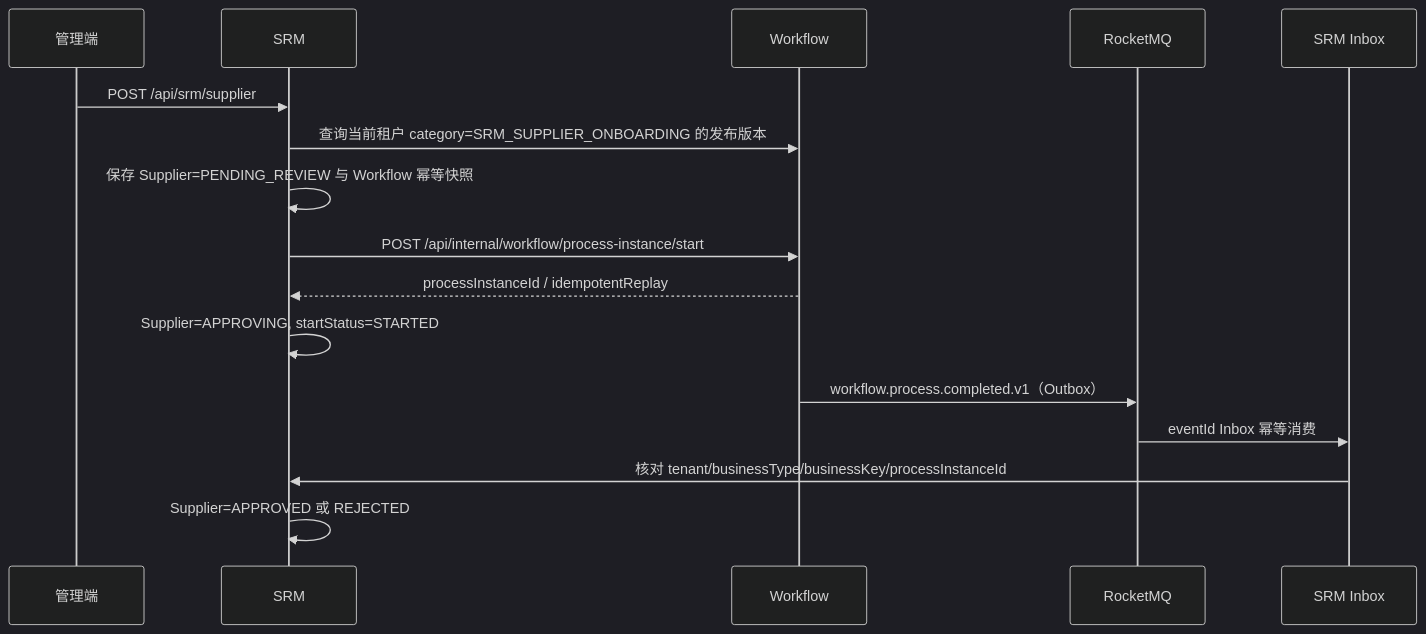
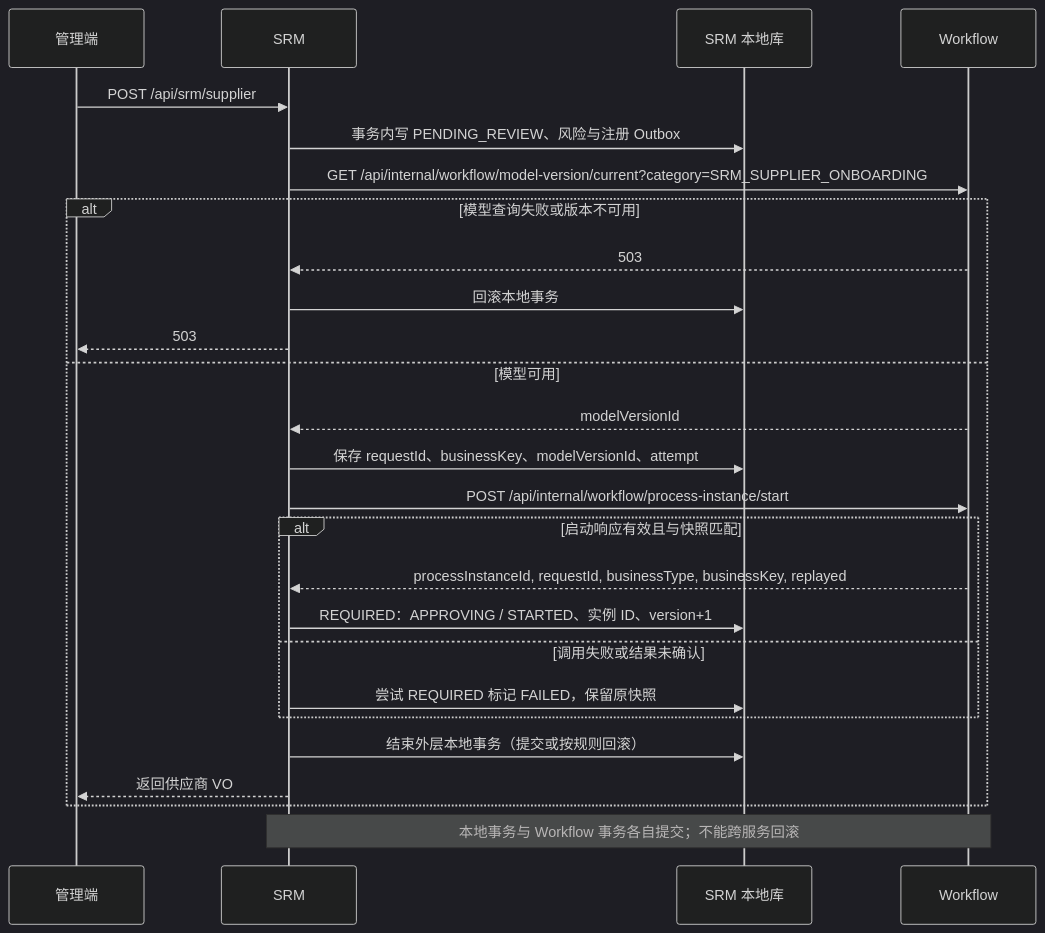
One commit to wang-baohai/Omni-Stack changed diagram 16 of 21 in docs/core-flows.md. Above: the diagram before and after it, drawn with Mermaid (dark theme). The commit also changed other lines of this file and 1095 other files, not shown here.

````diff
--- a/docs/core-flows.md
+++ b/docs/core-flows.md
@@ -1720,19 +1344,28 @@
 ```mermaid
 sequenceDiagram
     participant U as 管理端
     participant S as SRM
+    participant D as SRM 本地库
     participant W as Workflow
-    participant M as RocketMQ
-    participant D as SRM Inbox
-
     U->>S: POST /api/srm/supplier
-    S->>W: 查询当前租户 category=SRM_SUPPLIER_ONBOARDING 的发布版本
-    S->>S: 保存 Supplier=PENDING_REVIEW 与 Workflow 幂等快照
-    S->>W: POST /api/internal/workflow/process-instance/start
-    W-->>S: processInstanceId / idempotentReplay
-    S->>S: Supplier=APPROVING, startStatus=STARTED
-    W->>M: workflow.process.completed.v1（Outbox）
-    M->>D: eventId Inbox 幂等消费
-    D->>S: 核对 tenant/businessType/businessKey/processInstanceId
-    S->>S: Supplier=APPROVED 或 REJECTED
+    S->>D: 事务内写 PENDING_REVIEW、风险与注册 Outbox
+    S->>W: GET /api/internal/workflow/model-version/current?category=SRM_SUPPLIER_ONBOARDING
+    alt 模型查询失败或版本不可用
+        W-->>S: 503
+        S->>D: 回滚本地事务
+        S-->>U: 503
+    else 模型可用
+        W-->>S: modelVersionId
+        S->>D: 保存 requestId、businessKey、modelVersionId、attempt
+        S->>W: POST /api/internal/workflow/process-instance/start
+        alt 启动响应有效且与快照匹配
+            W-->>S: processInstanceId, requestId, businessType, businessKey, replayed
+            S->>D: REQUIRED：APPROVING / STARTED、实例 ID、version+1
+        else 调用失败或结果未确认
+            S->>D: 尝试 REQUIRED 标记 FAILED，保留原快照
+        end
+        S->>D: 结束外层本地事务（提交或按规则回滚）
+        S-->>U: 返回供应商 VO
+    end
+    Note over S,W: 本地事务与 Workflow 事务各自提交；不能跨服务回滚
 ```
````
